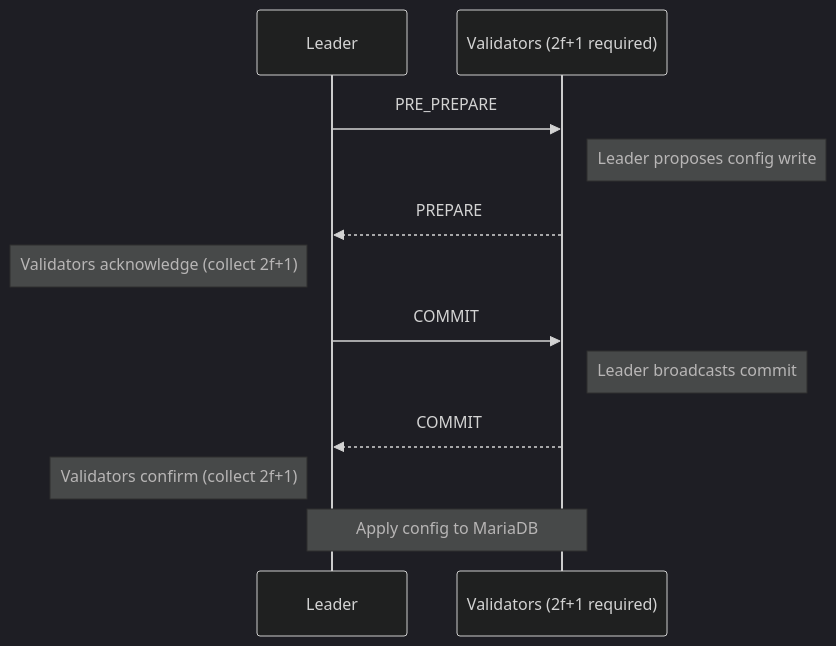
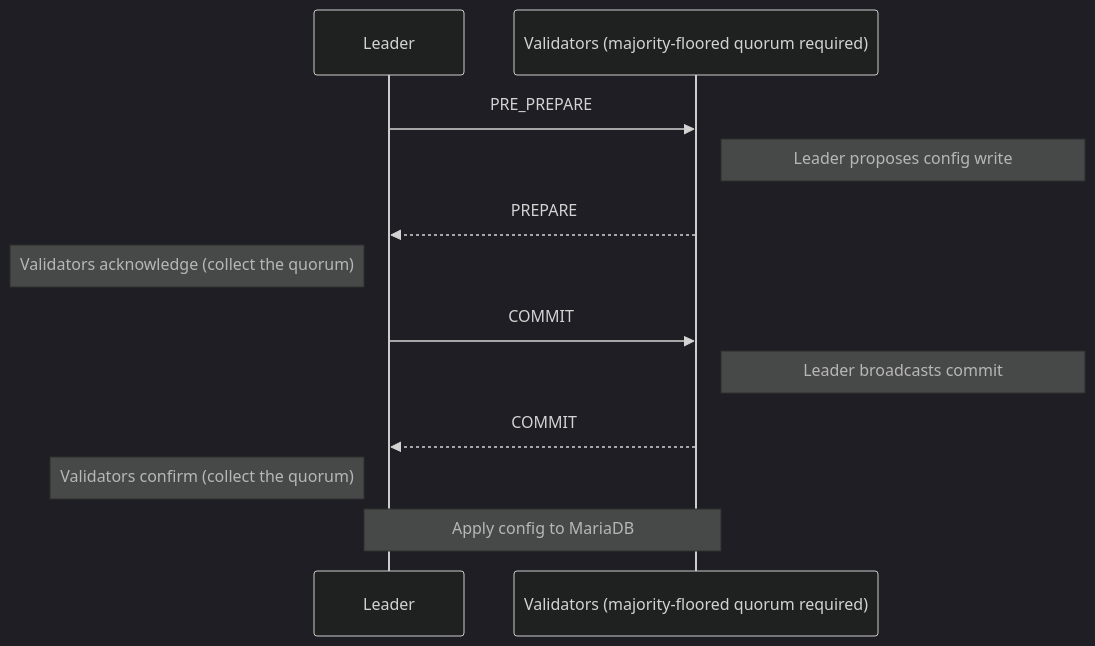
The fifth of 11 diagrams in components/hub/architecture.md (XChain-Platform/xchain-documentation), drawn with Mermaid (dark theme) before and after one commit. The commit also changed other lines of this file and 15 other files, not shown here.

````diff
--- a/components/hub/architecture.md
+++ b/components/hub/architecture.md
@@ -273,14 +273,14 @@
 ```mermaid
 sequenceDiagram
     participant L as Leader
-    participant V as Validators (2f+1 required)
+    participant V as Validators (majority-floored quorum required)
     L->>V: PRE_PREPARE
     Note right of V: Leader proposes config write
     V-->>L: PREPARE
-    Note left of L: Validators acknowledge (collect 2f+1)
+    Note left of L: Validators acknowledge (collect the quorum)
     L->>V: COMMIT
     Note right of V: Leader broadcasts commit
     V-->>L: COMMIT
-    Note left of L: Validators confirm (collect 2f+1)
+    Note left of L: Validators confirm (collect the quorum)
     Note over L,V: Apply config to MariaDB
 ```
````
